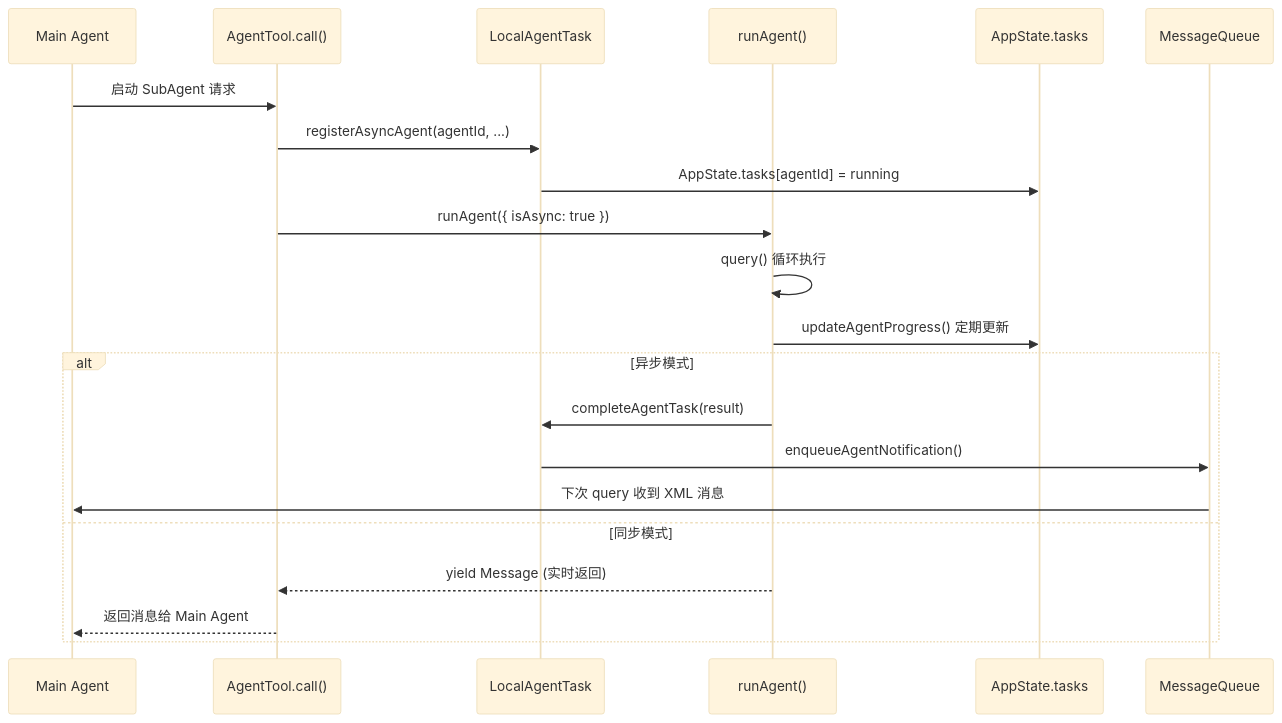
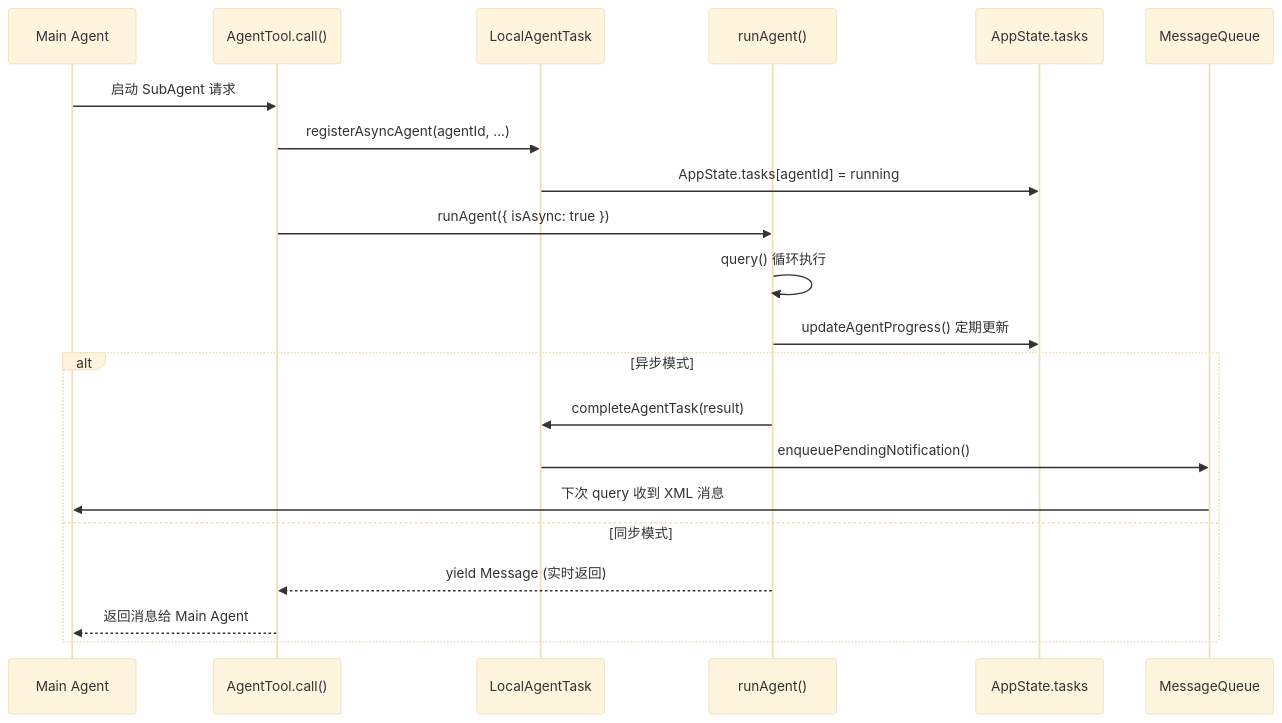
Before and after one commit to platootalp/harness-code: the fourth of 15 diagrams in claude-code/docs/deep/AGENT-SYSTEM.md, drawn with Mermaid (base theme). The commit also changed other lines of this file and 58 other files, not shown here.

````diff
--- a/claude-code/docs/deep/AGENT-SYSTEM.md
+++ b/claude-code/docs/deep/AGENT-SYSTEM.md
@@ -320,25 +320,25 @@
 ```mermaid
 sequenceDiagram
     participant Main as Main Agent
     participant Tool as AgentTool.call()
     participant Task as LocalAgentTask
     participant Run as runAgent()
     participant State as AppState.tasks
     participant Queue as MessageQueue
 
     Main->>Tool: 启动 SubAgent 请求
     Tool->>Task: registerAsyncAgent(agentId, ...)
     Task->>State: AppState.tasks[agentId] = running
     Tool->>Run: runAgent({ isAsync: true })
     Run->>Run: query() 循环执行
     Run->>State: updateAgentProgress() 定期更新
 
     alt 异步模式
         Run->>Task: completeAgentTask(result)
-        Task->>Queue: enqueueAgentNotification()
+        Task->>Queue: enqueuePendingNotification()
         Queue->>Main: 下次 query 收到 XML 消息
     else 同步模式
         Run-->>Tool: yield Message (实时返回)
         Tool-->>Main: 返回消息给 Main Agent
     end
 ```
````
